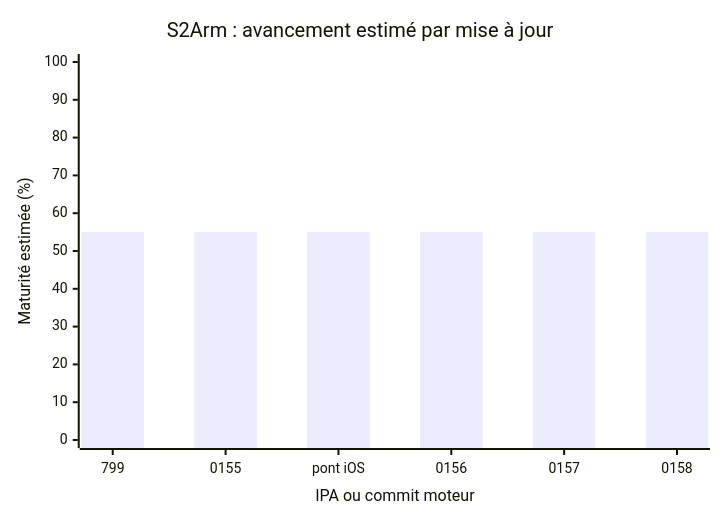
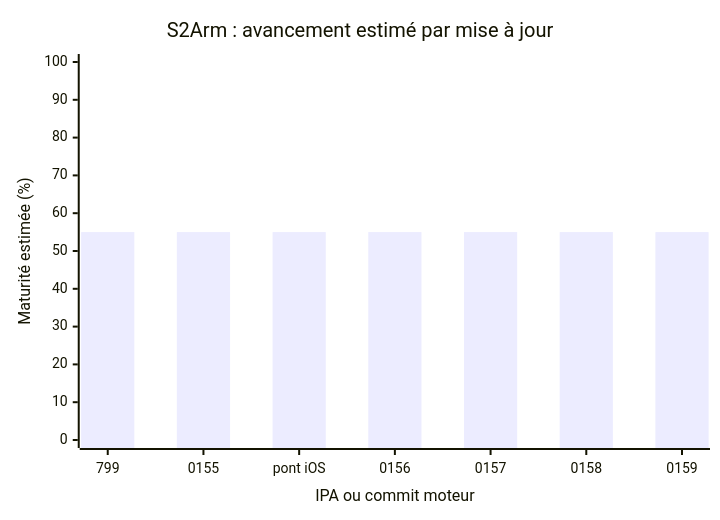
The diagram in docs/AI_TASK_BOARD.md (TarbleFR/RewindBox), drawn with Mermaid before and after one commit. The commit also changed other lines of this file and 1 other file, not shown here.

Commit message:
S2Arm: wake the presenter only for its own work and batch first-draw journal writes [s2arm-engine]

````diff
--- a/docs/AI_TASK_BOARD.md
+++ b/docs/AI_TASK_BOARD.md
@@ -25,7 +25,7 @@
 ```mermaid
 xychart-beta
     title "S2Arm : avancement estimé par mise à jour"
-    x-axis "IPA ou commit moteur" ["799", "0155", "pont iOS", "0156", "0157", "0158"]
+    x-axis "IPA ou commit moteur" ["799", "0155", "pont iOS", "0156", "0157", "0158", "0159"]
     y-axis "Maturité estimée (%)" 0 --> 100
-    bar [55, 55, 55, 55, 55, 55]
+    bar [55, 55, 55, 55, 55, 55, 55]
 ```
````
